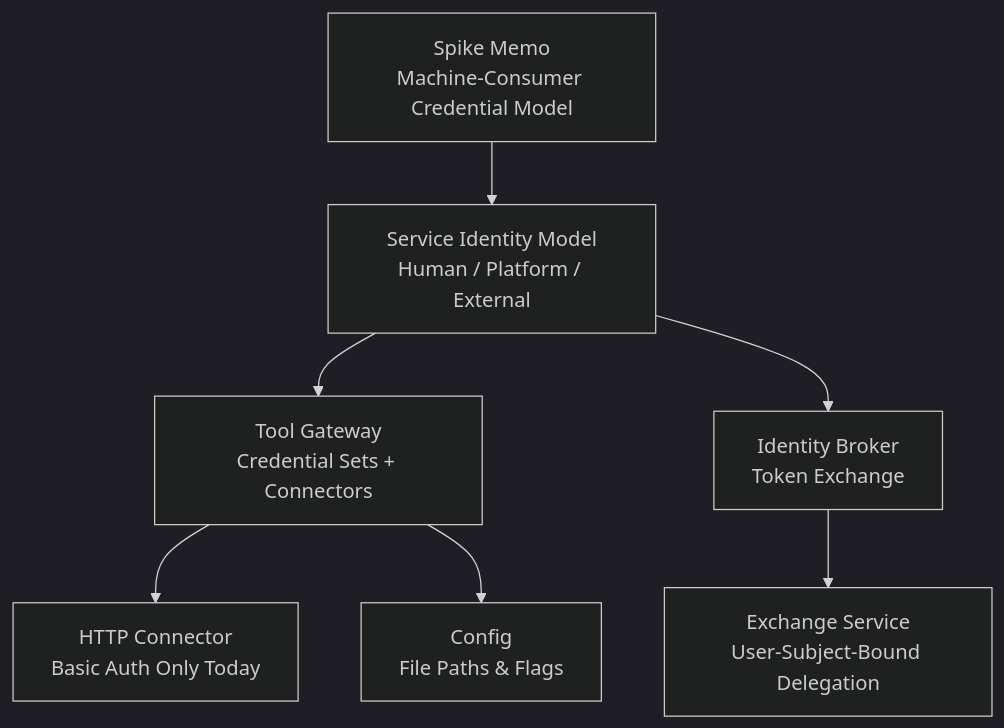
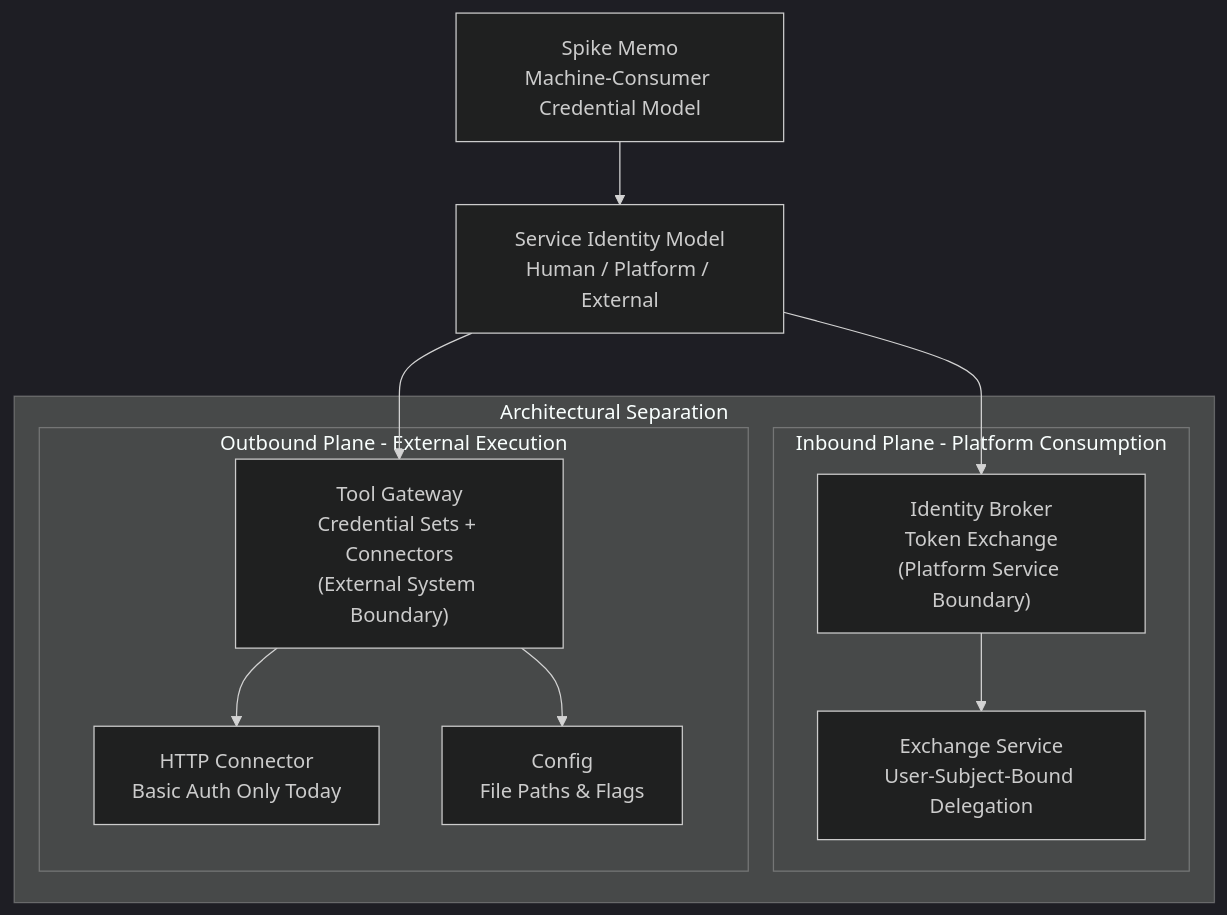
The first of 10 diagrams in .qoder/repowiki/en/content/Operator Portal/Workspace Management/Machine Consumer Credential Model Spike.md (alainlei/luban-aiops), drawn with Mermaid (dark theme) before and after one commit. The commit also changed other lines of this file and 146 other files, not shown here.

````diff
--- a/.qoder/repowiki/en/content/Operator Portal/Workspace Management/Machine Consumer Credential Model Spike.md
+++ b/.qoder/repowiki/en/content/Operator Portal/Workspace Management/Machine Consumer Credential Model Spike.md
@@ -53,9 +53,20 @@
 ```mermaid
 graph TB
 A["Spike Memo<br/>Machine-Consumer Credential Model"] --> B["Service Identity Model<br/>Human / Platform / External"]
-B --> C["Tool Gateway<br/>Credential Sets + Connectors"]
-B --> D["Identity Broker<br/>Token Exchange"]
+B --> C["Tool Gateway<br/>Credential Sets + Connectors<br/>(External System Boundary)"]
+B --> D["Identity Broker<br/>Token Exchange<br/>(Platform Service Boundary)"]
 C --> E["HTTP Connector<br/>Basic Auth Only Today"]
 C --> F["Config<br/>File Paths & Flags"]
 D --> G["Exchange Service<br/>User-Subject-Bound Delegation"]
+subgraph "Architectural Separation"
+subgraph "Inbound Plane - Platform Consumption"
+D
+G
+end
+subgraph "Outbound Plane - External Execution"
+C
+E
+F
+end
+end
 ```
````
